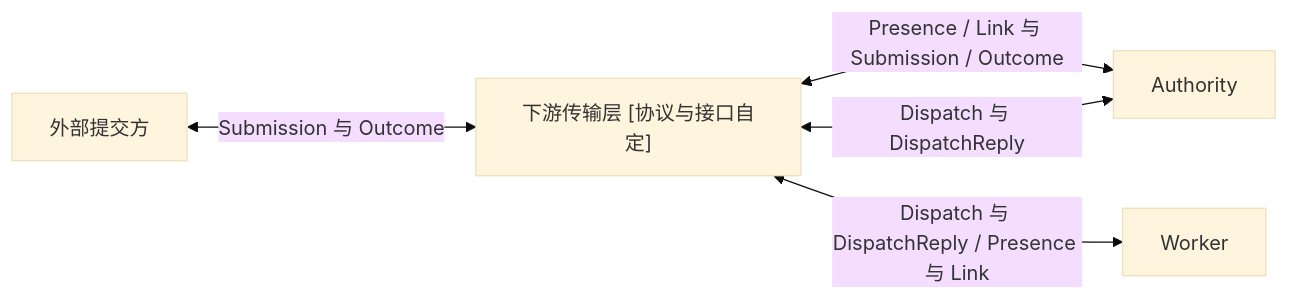
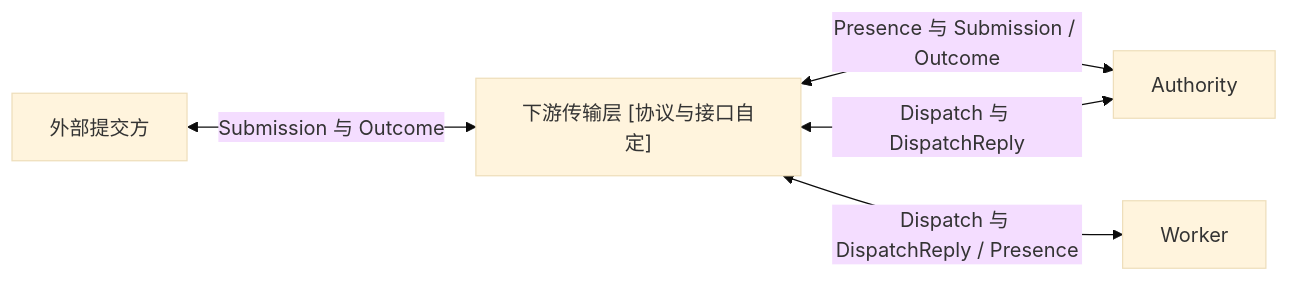
Before and after one commit to Everfold/Beamlet: the diagram in spec/06-transport.md, drawn with Mermaid (base theme). The commit also changed other lines of this file and 6 other files, not shown here.

````diff
--- a/spec/06-transport.md
+++ b/spec/06-transport.md
@@ -8,7 +8,7 @@
 ```mermaid
 flowchart LR
     Ext["外部提交方"] <-->|"Submission 与 Outcome"| T["下游传输层 [协议与接口自定]"]
-    T <-->|"Presence / Link 与 Submission / Outcome"| A["Authority"]
+    T <-->|"Presence 与 Submission / Outcome"| A["Authority"]
     A <-->|"Dispatch 与 DispatchReply"| T
-    T <-->|"Dispatch 与 DispatchReply / Presence 与 Link"| W["Worker"]
+    T <-->|"Dispatch 与 DispatchReply / Presence"| W["Worker"]
 ```
````
